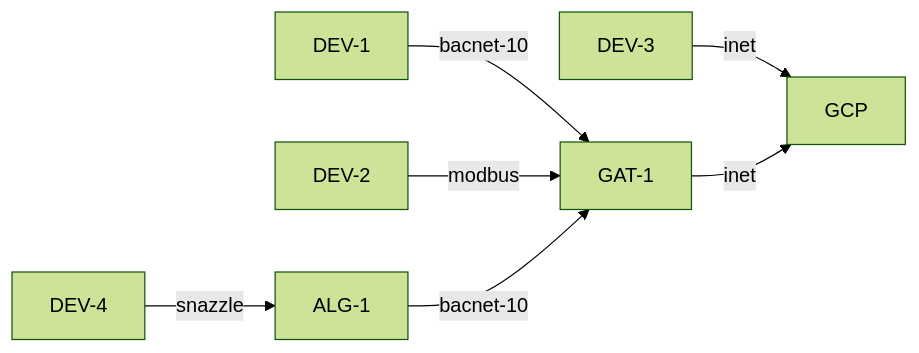
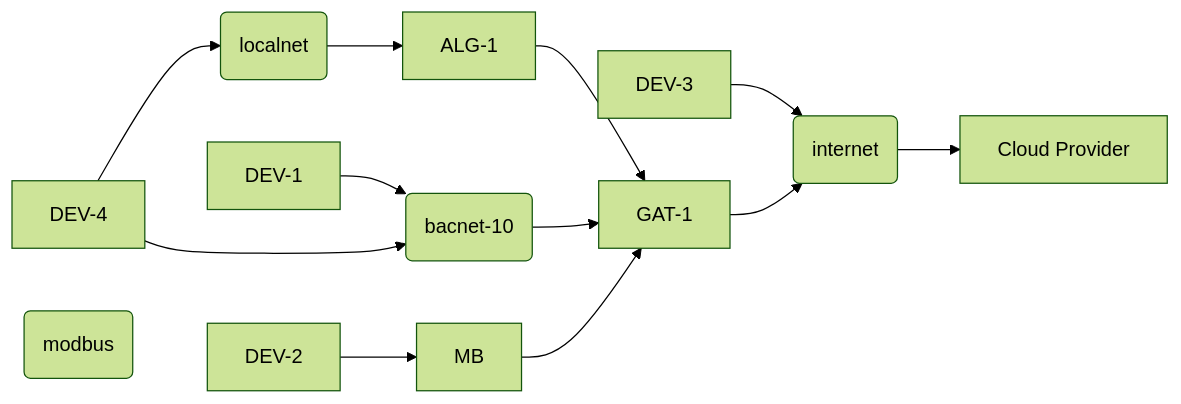
One commit to faucetsdn/udmi changed the diagram in docs/specs/topology.md. Above: the diagram before and after it, drawn with Mermaid (forest theme). The commit also changed other lines of this file, not shown here.

````diff
--- a/docs/specs/topology.md
+++ b/docs/specs/topology.md
@@ -29,16 +29,25 @@
 ```mermaid
 flowchart LR
   D1[DEV-1]
   D2[DEV-2]
   D3[DEV-3]
   D4[DEV-4]
   LG[ALG-1]
   IG[GAT-1]
-  CP[GCP]
-  D1 -- bacnet-10 --> IG
-  D2 -- modbus --> IG
-  D3 -- inet --> CP
-  D4 -- snazzle --> LG
-  LG -- bacnet-10 --> IG
-  IG -- inet --> CP
+  BN(bacnet-10)
+  NB(modbus)
+  IP(localnet)
+  IN(internet)
+  CP[Cloud Provider]
+  D1 --> BN
+  D2 --> MB
+  D3 --> IN
+  D4 --> IP
+  LG --> IG
+  IG --> IN
+  BN --> IG
+  MB --> IG
+  IN --> CP
+  IP --> LG
+  D4 --> BN
 ```
````
